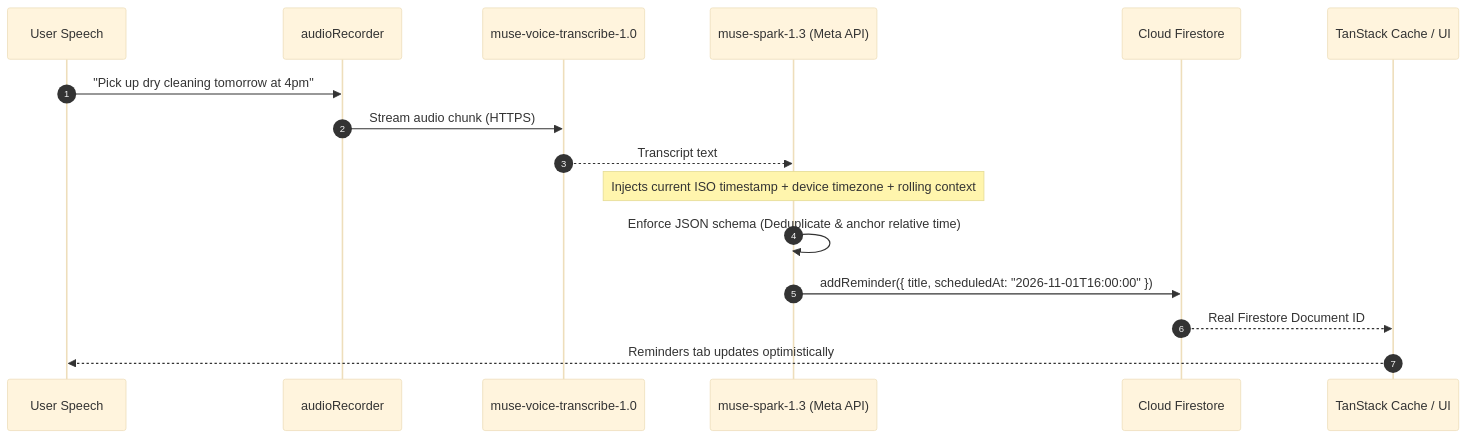
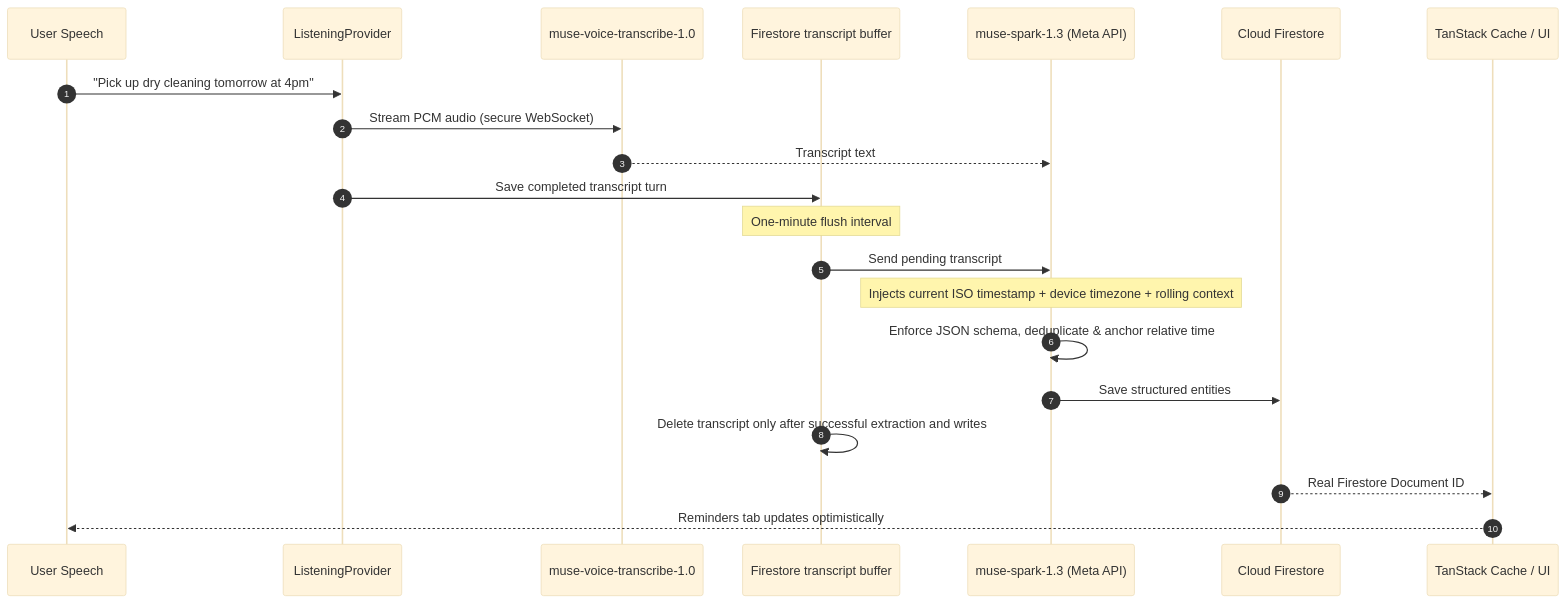
Before and after one commit to abrahamebij/ranti: the second of 2 diagrams in README.md, drawn with Mermaid (base theme). The commit also changed other lines of this file, not shown here.

````diff
--- a/README.md
+++ b/README.md
@@ -196,19 +196,24 @@
 ```mermaid
 sequenceDiagram
     autonumber
     participant User as User Speech
-    participant Rec as audioRecorder
+    participant Rec as ListeningProvider
     participant MetaASR as muse-voice-transcribe-1.0
+    participant Buffer as Firestore transcript buffer
     participant Extractor as muse-spark-1.3 (Meta API)
     participant Storage as Cloud Firestore
     participant UI as TanStack Cache / UI
 
     User->>Rec: "Pick up dry cleaning tomorrow at 4pm"
-    Rec->>MetaASR: Stream audio chunk (HTTPS)
+    Rec->>MetaASR: Stream PCM audio (secure WebSocket)
     MetaASR-->>Extractor: Transcript text
+    Rec->>Buffer: Save completed transcript turn
+    Note over Buffer: One-minute flush interval
+    Buffer->>Extractor: Send pending transcript
     Note over Extractor: Injects current ISO timestamp + device timezone + rolling context
-    Extractor->>Extractor: Enforce JSON schema (Deduplicate & anchor relative time)
-    Extractor->>Storage: addReminder({ title, scheduledAt: "2026-11-01T16:00:00" })
+    Extractor->>Extractor: Enforce JSON schema, deduplicate & anchor relative time
+    Extractor->>Storage: Save structured entities
+    Buffer->>Buffer: Delete transcript only after successful extraction and writes
     Storage-->>UI: Real Firestore Document ID
     UI-->>User: Reminders tab updates optimistically
 ```
````
